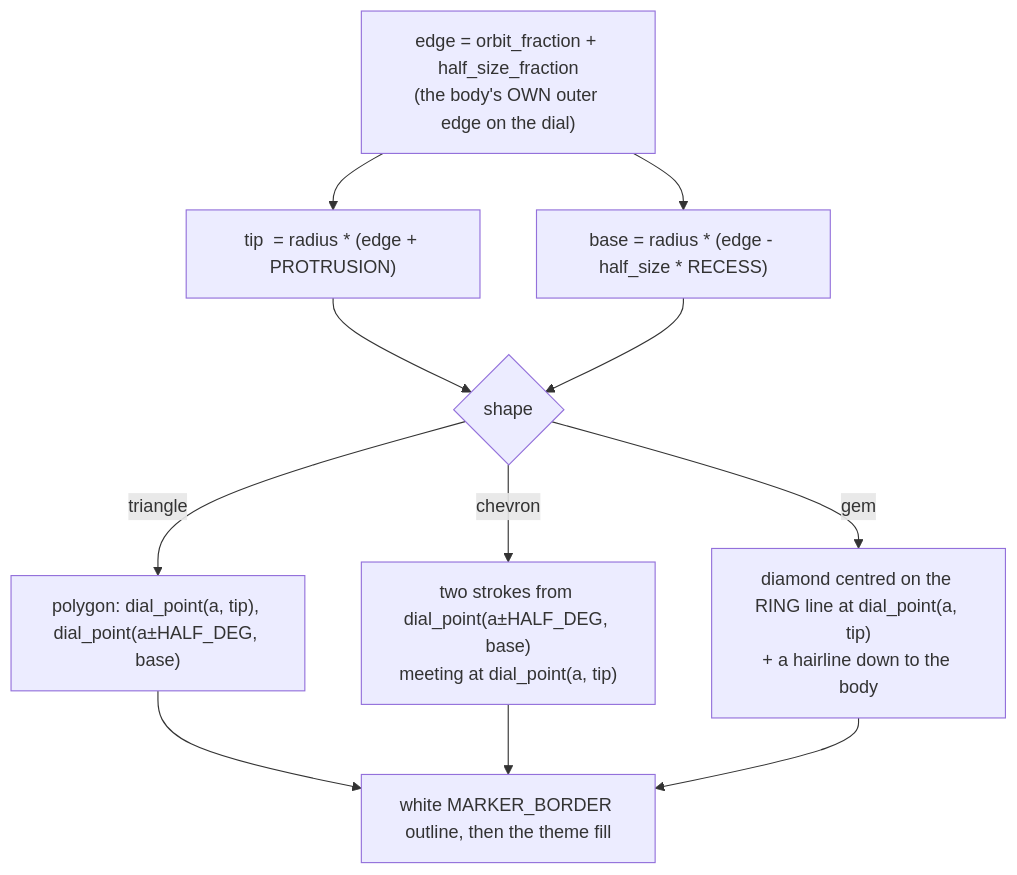
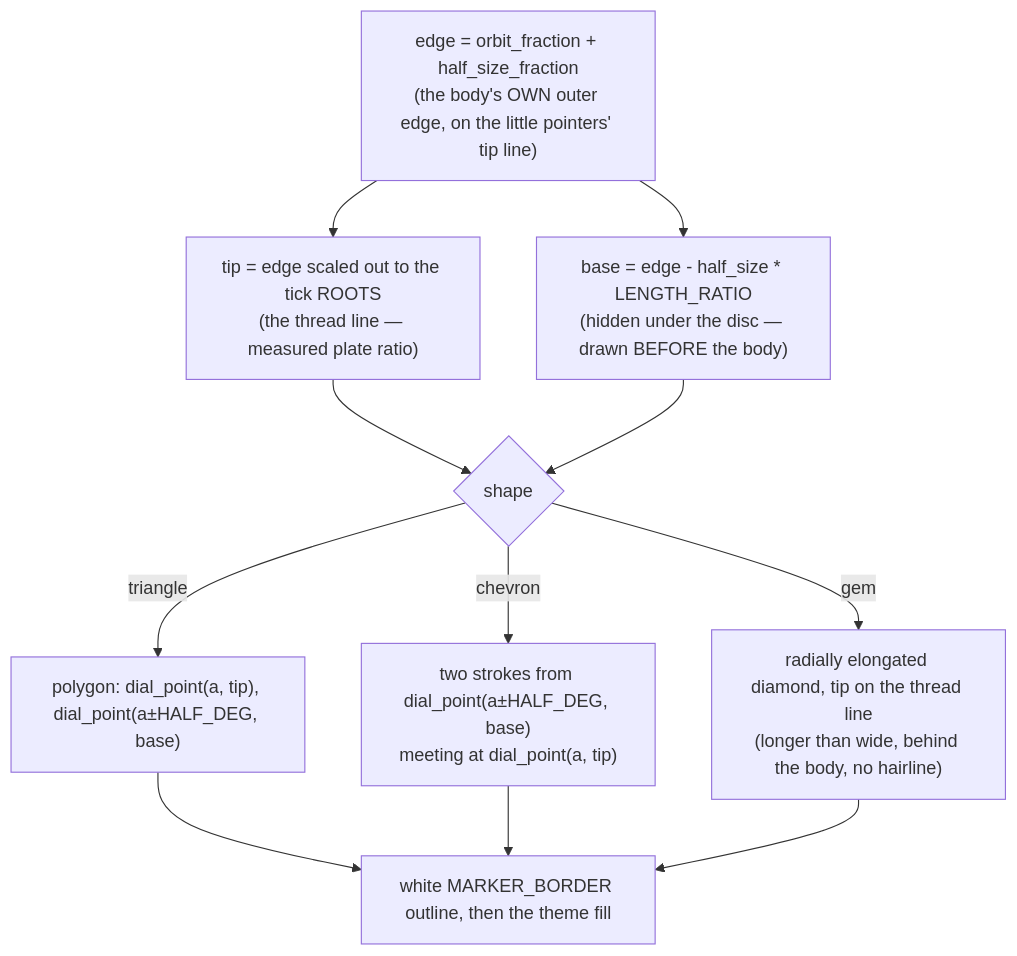
Before and after one commit to UVuruna/Watch-Academy: the diagram in render/__flow/marker_marks.md, drawn with Mermaid. The commit also changed 17 other files, not shown here.

````diff
--- a/render/__flow/marker_marks.md
+++ b/render/__flow/marker_marks.md
@@ -7,13 +7,13 @@
 ```mermaid
 flowchart TD
-    A["edge = orbit_fraction + half_size_fraction\n(the body's OWN outer edge on the dial)"] --> B["tip  = radius * (edge + PROTRUSION)"]
-    A --> C["base = radius * (edge - half_size * RECESS)"]
+    A["edge = orbit_fraction + half_size_fraction\n(the body's OWN outer edge, on the little pointers' tip line)"] --> B["tip = edge scaled out to the tick ROOTS\n(the thread line — measured plate ratio)"]
+    A --> C["base = edge - half_size * LENGTH_RATIO\n(hidden under the disc — drawn BEFORE the body)"]
     B --> D{shape}
     C --> D
     D -- triangle --> E["polygon: dial_point#40;a, tip#41;, dial_point#40;a±HALF_DEG, base#41;"]
     D -- chevron --> F["two strokes from dial_point#40;a±HALF_DEG, base#41;\nmeeting at dial_point#40;a, tip#41;"]
-    D -- gem --> G["diamond centred on the RING line at dial_point#40;a, tip#41;\n+ a hairline down to the body"]
+    D -- gem --> G["radially elongated diamond, tip on the thread line\n#40;longer than wide, behind the body, no hairline#41;"]
     E --> H["white MARKER_BORDER outline, then the theme fill"]
     F --> H
     G --> H
 ```
````
